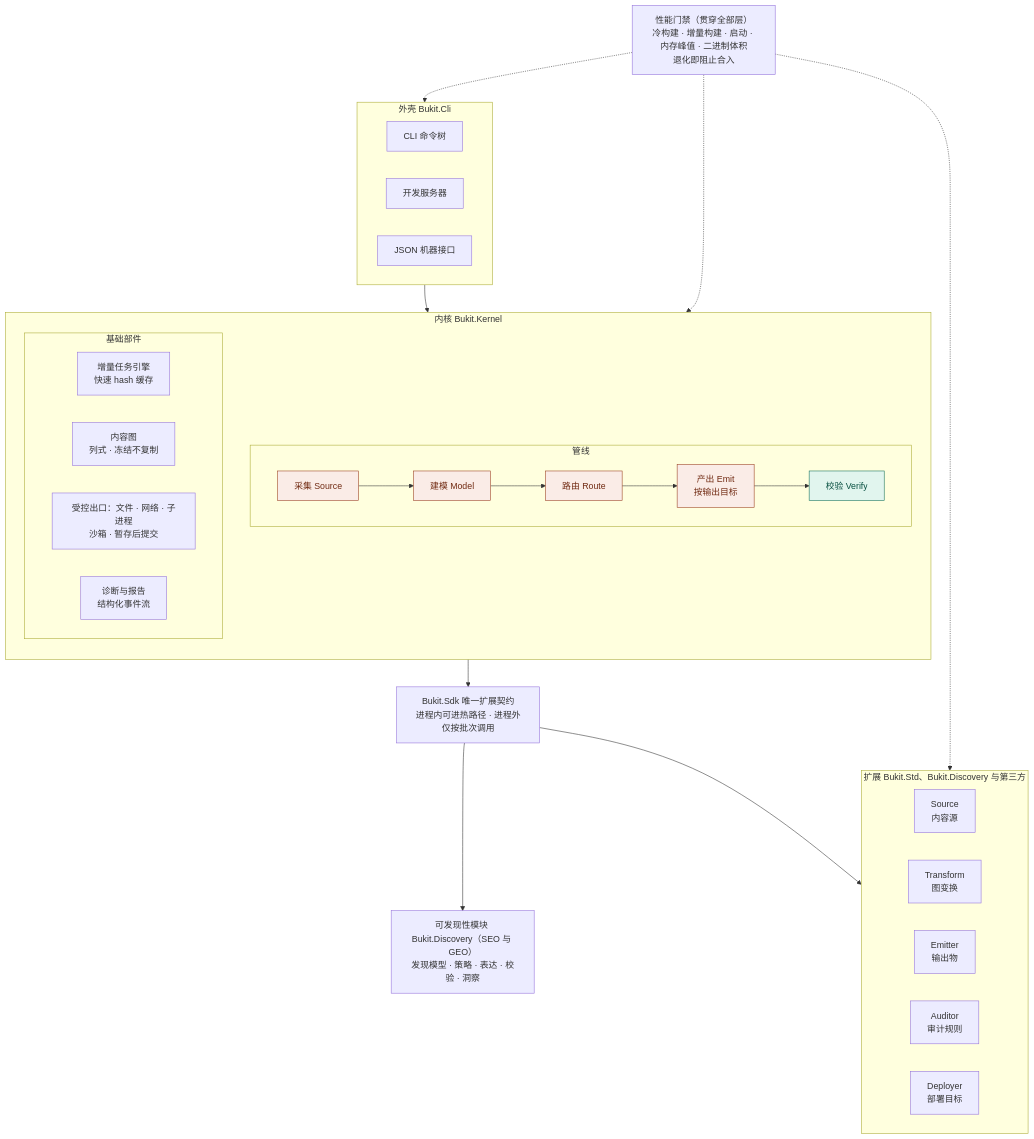
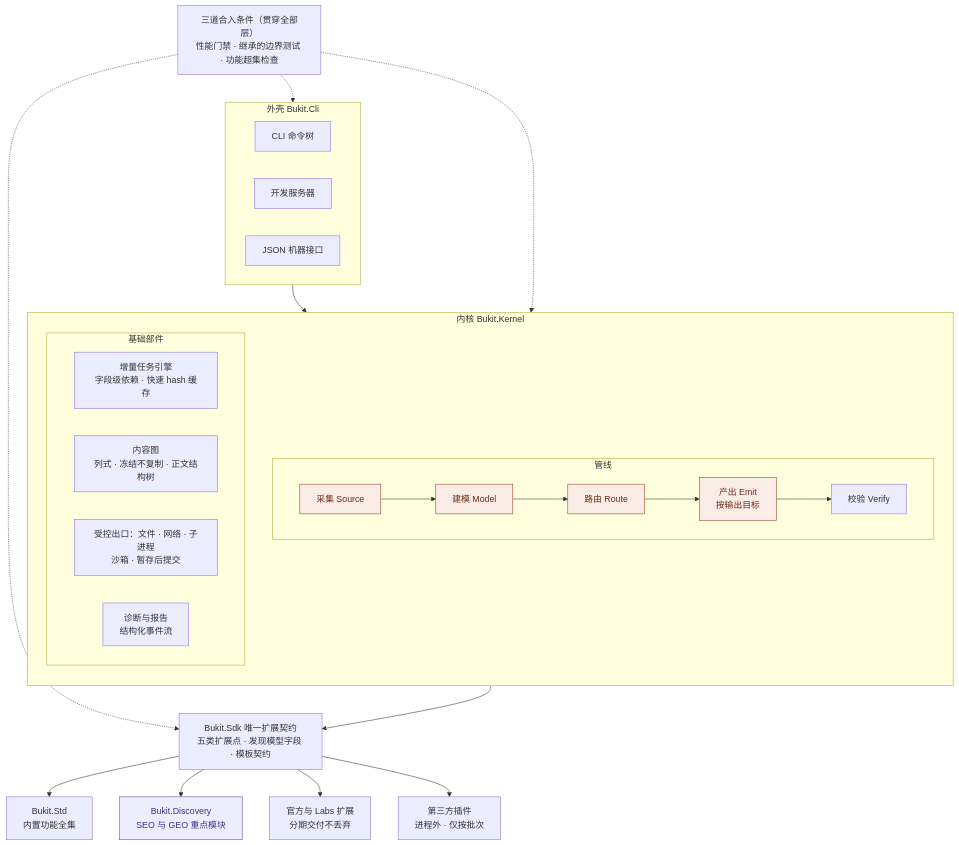
One commit to ALi365-SDN-BHD/Bukit changed the first of 3 diagrams in docs/plans/2026-11-24-bukit-3.0-architecture-design.zh-CN.md. Above: the diagram before and after it, drawn with Mermaid. The commit also changed other lines of this file, not shown here.

First line of the commit message:
docs(plans): redraw the 3.0 diagrams for the feature superset design

````diff
--- a/docs/plans/2026-11-24-bukit-3.0-architecture-design.zh-CN.md
+++ b/docs/plans/2026-11-24-bukit-3.0-architecture-design.zh-CN.md
@@ -69,49 +69,46 @@
 ```mermaid
 flowchart TB
   subgraph Shell["外壳 Bukit.Cli"]
     CLI["CLI 命令树"]
     DEV["开发服务器"]
     API["JSON 机器接口"]
   end
 
   subgraph Kernel["内核 Bukit.Kernel"]
     direction TB
     subgraph Pipeline["管线"]
       direction LR
       S["采集 Source"] --> M["建模 Model"] --> R["路由 Route"] --> E["产出 Emit<br/>按输出目标"] --> V["校验 Verify"]
     end
     subgraph Base["基础部件"]
       direction LR
-      ENG["增量任务引擎<br/>快速 hash 缓存"]
-      GRAPH["内容图<br/>列式 · 冻结不复制"]
+      ENG["增量任务引擎<br/>字段级依赖 · 快速 hash 缓存"]
+      GRAPH["内容图<br/>列式 · 冻结不复制 · 正文结构树"]
       VFS["受控出口：文件 · 网络 · 子进程<br/>沙箱 · 暂存后提交"]
       DIAG["诊断与报告<br/>结构化事件流"]
     end
   end
 
-  SDK["Bukit.Sdk 唯一扩展契约<br/>进程内可进热路径 · 进程外仅按批次调用"]
+  SDK["Bukit.Sdk 唯一扩展契约<br/>五类扩展点 · 发现模型字段 · 模板契约"]
 
-  subgraph Ext["扩展 Bukit.Std、Bukit.Discovery 与第三方"]
-    direction LR
-    X1["Source<br/>内容源"]
-    X2["Transform<br/>图变换"]
-    X3["Emitter<br/>输出物"]
-    X4["Auditor<br/>审计规则"]
-    X5["Deployer<br/>部署目标"]
-  end
+  STD["Bukit.Std<br/>内置功能全集"]
+  DISC["Bukit.Discovery<br/>SEO 与 GEO 重点模块"]
+  LABS["官方与 Labs 扩展<br/>分期交付不丢弃"]
+  THIRD["第三方插件<br/>进程外 · 仅按批次"]
 
-  GATE["性能门禁（贯穿全部层）<br/>冷构建 · 增量构建 · 启动 · 内存峰值 · 二进制体积<br/>退化即阻止合入"]
+  GATE["三道合入条件（贯穿全部层）<br/>性能门禁 · 继承的边界测试 · 功能超集检查"]
 
-  DISC["可发现性模块 Bukit.Discovery（SEO 与 GEO）<br/>发现模型 · 策略 · 表达 · 校验 · 洞察"]
-
-  Shell --> Kernel --> SDK --> Ext
+  Shell --> Kernel --> SDK
+  SDK --> STD
   SDK --> DISC
+  SDK --> LABS
+  SDK --> THIRD
   GATE -.-> Shell
   GATE -.-> Kernel
-  GATE -.-> Ext
+  GATE -.-> SDK
 
   classDef hot fill:#FAECE7,stroke:#993C1D,color:#712B13
-  classDef batch fill:#E1F5EE,stroke:#0F6E56,color:#085041
+  classDef key fill:#EEEDFE,stroke:#534AB7,color:#3C3489
   class S,M,R,E hot
-  class V batch
+  class DISC key
 ```
````
